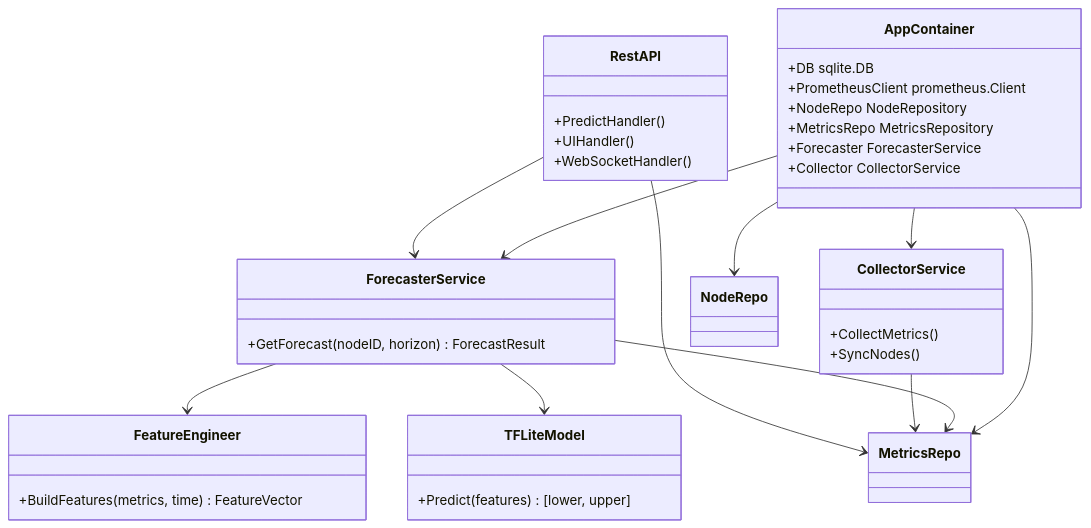
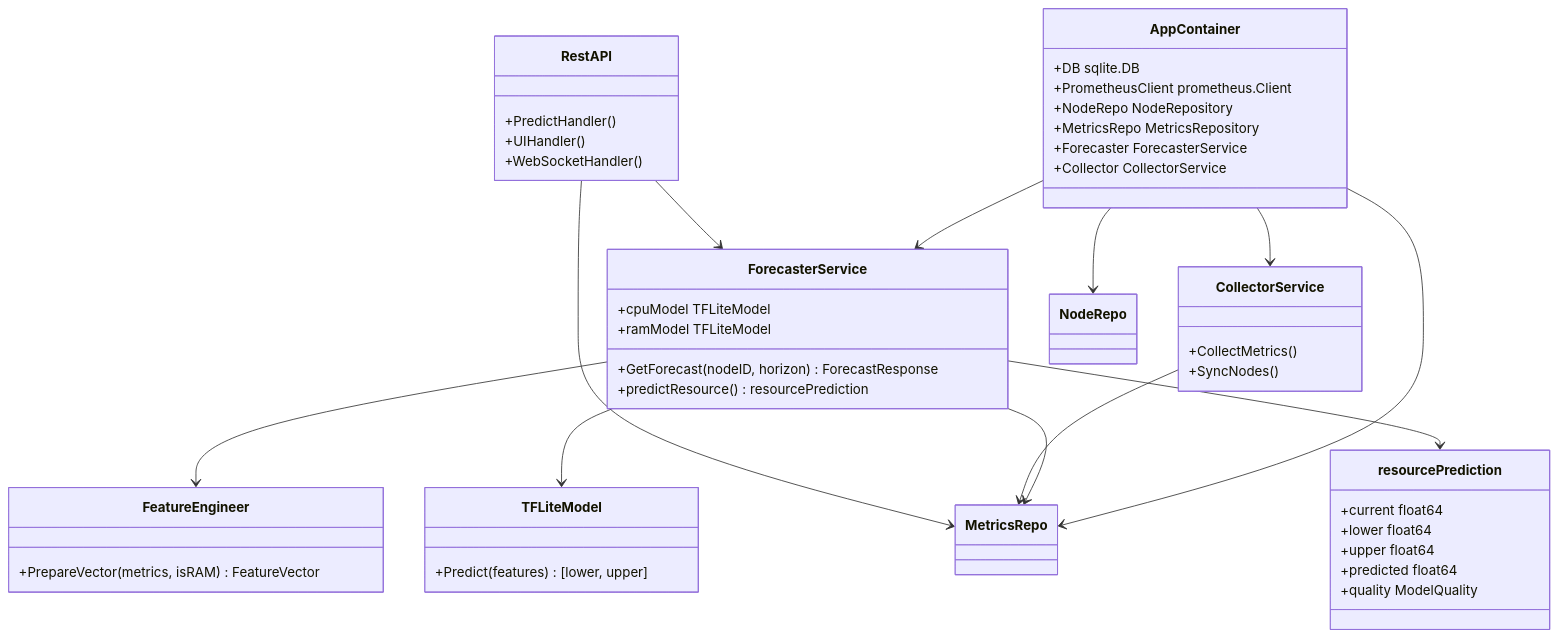
The diagram in docs/tech/02_classes.md (andrii-reshko/3c-informational-technical-support-lab), drawn with Mermaid before and after one commit. The commit also changed 10 other files, not shown here.

````diff
--- a/docs/tech/02_classes.md
+++ b/docs/tech/02_classes.md
@@ -3,47 +3,59 @@
 ```mermaid
 classDiagram
     class AppContainer {
         +DB sqlite.DB
         +PrometheusClient prometheus.Client
         +NodeRepo NodeRepository
         +MetricsRepo MetricsRepository
         +Forecaster ForecasterService
         +Collector CollectorService
     }
     
     class ForecasterService {
-        +GetForecast(nodeID, horizon) ForecastResult
+        +GetForecast(nodeID, horizon) ForecastResponse
+        +cpuModel TFLiteModel
+        +ramModel TFLiteModel
+        +predictResource() resourcePrediction
+    }
+    
+    class resourcePrediction {
+        +current float64
+        +lower float64
+        +upper float64
+        +predicted float64
+        +quality ModelQuality
     }
     
     class FeatureEngineer {
-        +BuildFeatures(metrics, time) FeatureVector
+        +PrepareVector(metrics, isRAM) FeatureVector
     }
     
     class TFLiteModel {
         +Predict(features) [lower, upper]
     }
     
     class CollectorService {
         +CollectMetrics()
         +SyncNodes()
     }
     
     class RestAPI {
         +PredictHandler()
         +UIHandler()
         +WebSocketHandler()
     }
 
     AppContainer --> ForecasterService
     AppContainer --> CollectorService
     AppContainer --> NodeRepo
     AppContainer --> MetricsRepo
 
     ForecasterService --> FeatureEngineer
     ForecasterService --> TFLiteModel
     ForecasterService --> MetricsRepo
+    ForecasterService --> resourcePrediction
 
     CollectorService --> MetricsRepo
     RestAPI --> ForecasterService
     RestAPI --> MetricsRepo
 ```
````
